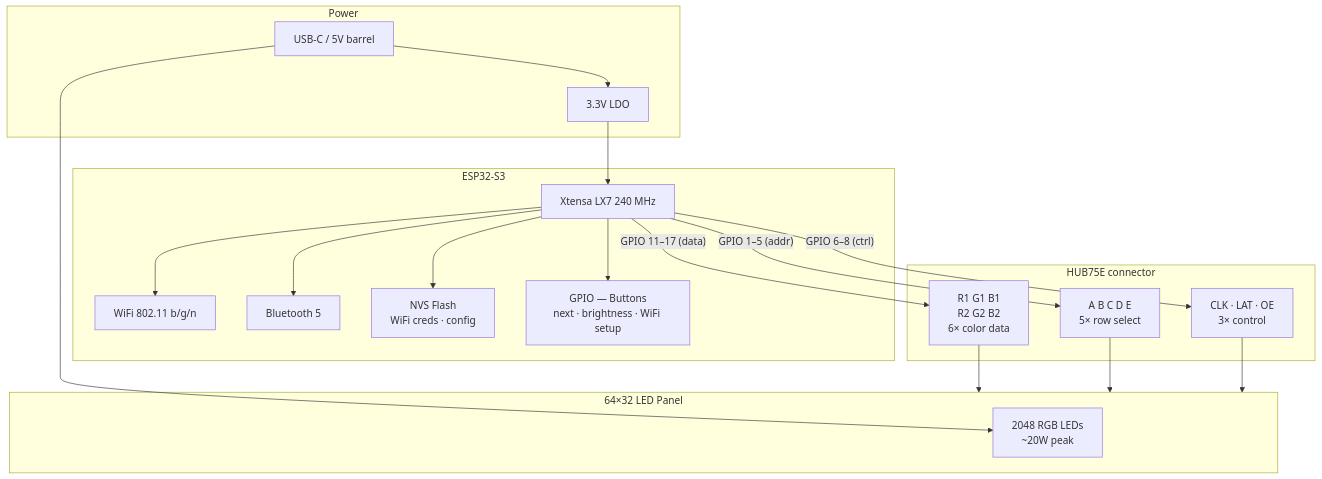
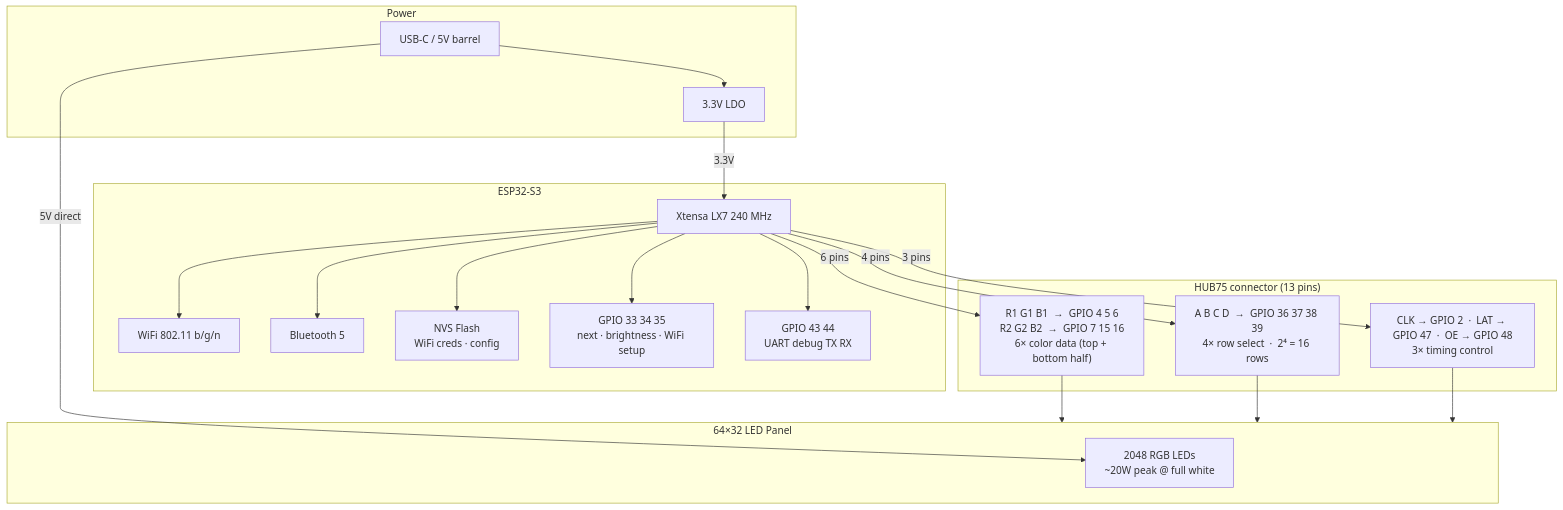
One commit to art-mon/orrery changed the diagram in docs/hardware.md. Above: the diagram before and after it, drawn with Mermaid. The commit also changed other lines of this file and 2 other files, not shown here.

First line of the commit message:
Fix hardware pin diagram — correct GPIO assignments and pin count

````diff
--- a/docs/hardware.md
+++ b/docs/hardware.md
@@ -5,39 +7,41 @@
 ```mermaid
 graph TD
     subgraph psu [" Power "]
         USB["USB-C / 5V barrel"]
         REG["3.3V LDO"]
     end
 
     subgraph esp [" ESP32-S3 "]
         CPU["Xtensa LX7 240 MHz"]
         WIFI["WiFi 802.11 b/g/n"]
         BT["Bluetooth 5"]
         NVRAM["NVS Flash<br/>WiFi creds · config"]
-        BTN["GPIO — Buttons<br/>next · brightness · WiFi setup"]
+        BTN["GPIO 33 34 35<br/>next · brightness · WiFi setup"]
+        UART["GPIO 43 44<br/>UART debug TX RX"]
     end
 
-    subgraph hub75 [" HUB75E connector "]
-        RGB["R1 G1 B1<br/>R2 G2 B2<br/>6× color data"]
-        ADDR["A B C D E<br/>5× row select"]
-        CTRL["CLK · LAT · OE<br/>3× control"]
+    subgraph hub75 [" HUB75 connector (13 pins) "]
+        RGB["R1 G1 B1  →  GPIO 4 5 6<br/>R2 G2 B2  →  GPIO 7 15 16<br/>6× color data (top + bottom half)"]
+        ADDR["A B C D  →  GPIO 36 37 38 39<br/>4× row select  ·  2⁴ = 16 rows"]
+        CTRL["CLK → GPIO 2  ·  LAT → GPIO 47  ·  OE → GPIO 48<br/>3× timing control"]
     end
 
     subgraph panel [" 64×32 LED Panel "]
-        LEDS["2048 RGB LEDs<br/>~20W peak"]
+        LEDS["2048 RGB LEDs<br/>~20W peak @ full white"]
     end
 
     USB --> REG
-    USB --> LEDS
-    REG --> CPU
+    USB -->|"5V direct"| LEDS
+    REG -->|"3.3V"| CPU
     CPU --> WIFI
     CPU --> BT
     CPU --> NVRAM
     CPU --> BTN
-    CPU -->|"GPIO 11–17 (data)"| RGB
-    CPU -->|"GPIO 1–5  (addr)"| ADDR
-    CPU -->|"GPIO 6–8  (ctrl)"| CTRL
+    CPU --> UART
+    CPU -->|"6 pins"| RGB
+    CPU -->|"4 pins"| ADDR
+    CPU -->|"3 pins"| CTRL
     RGB  --> panel
     ADDR --> panel
     CTRL --> panel
 ```
````
